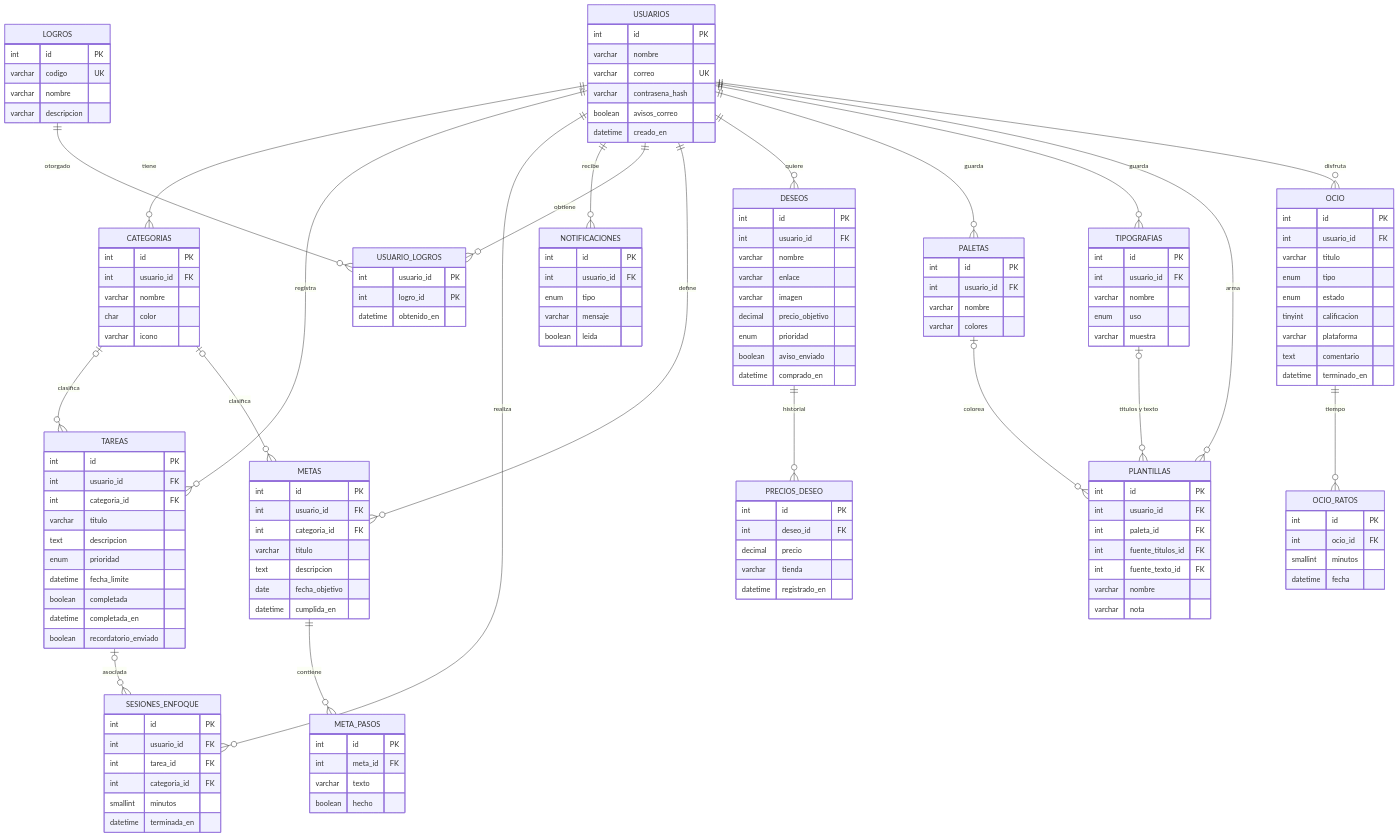
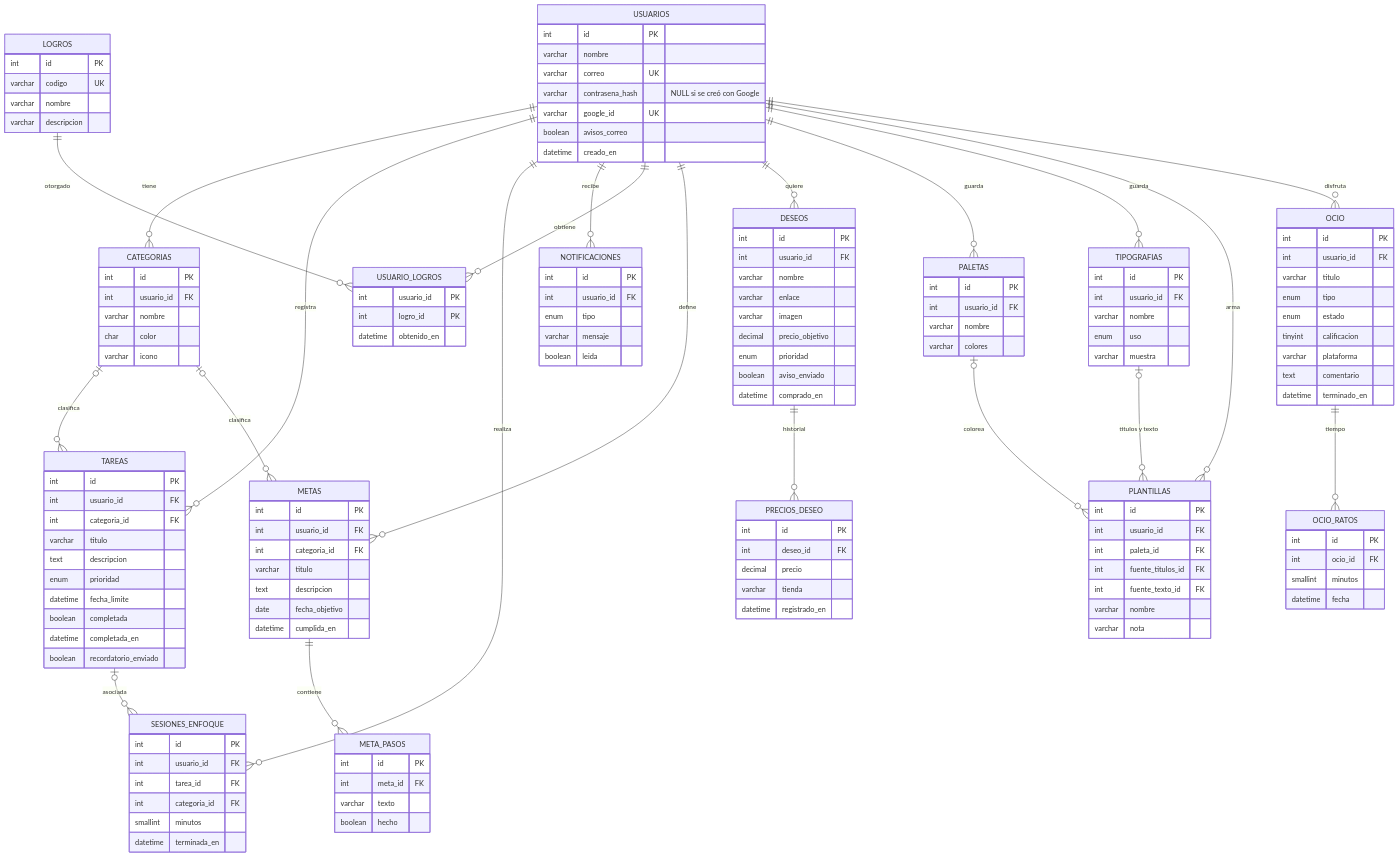
The fourth of 7 diagrams in docs/02-diseno.md (royzeer/kuadri), drawn with Mermaid before and after one commit. The commit also changed other lines of this file and 23 other files, not shown here.

First line of the commit message:
Agregar entrar con Google

```diff
--- a/docs/02-diseno.md
+++ b/docs/02-diseno.md
@@ -82,7 +82,8 @@
     int id PK
     varchar nombre
     varchar correo UK
-    varchar contrasena_hash
+    varchar contrasena_hash "NULL si se creó con Google"
+    varchar google_id UK
     boolean avisos_correo
     datetime creado_en
   }
```
